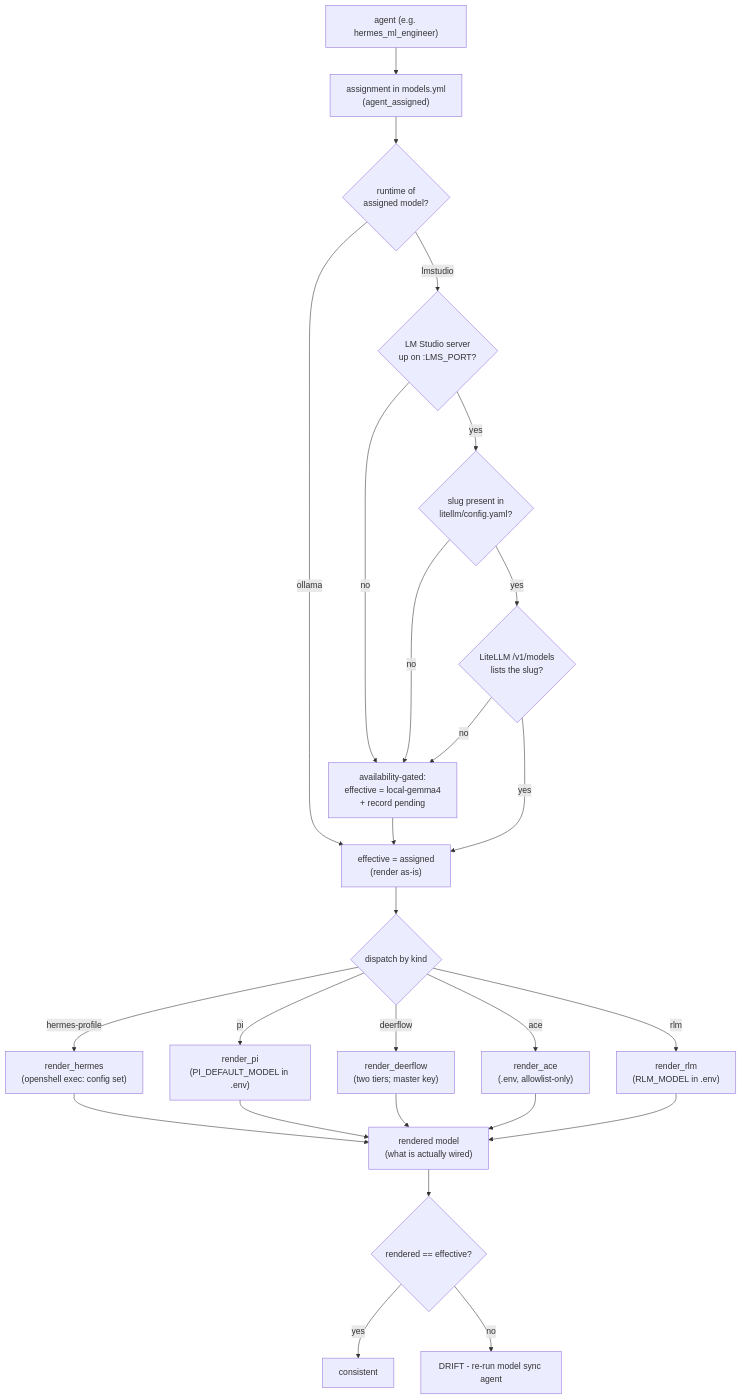
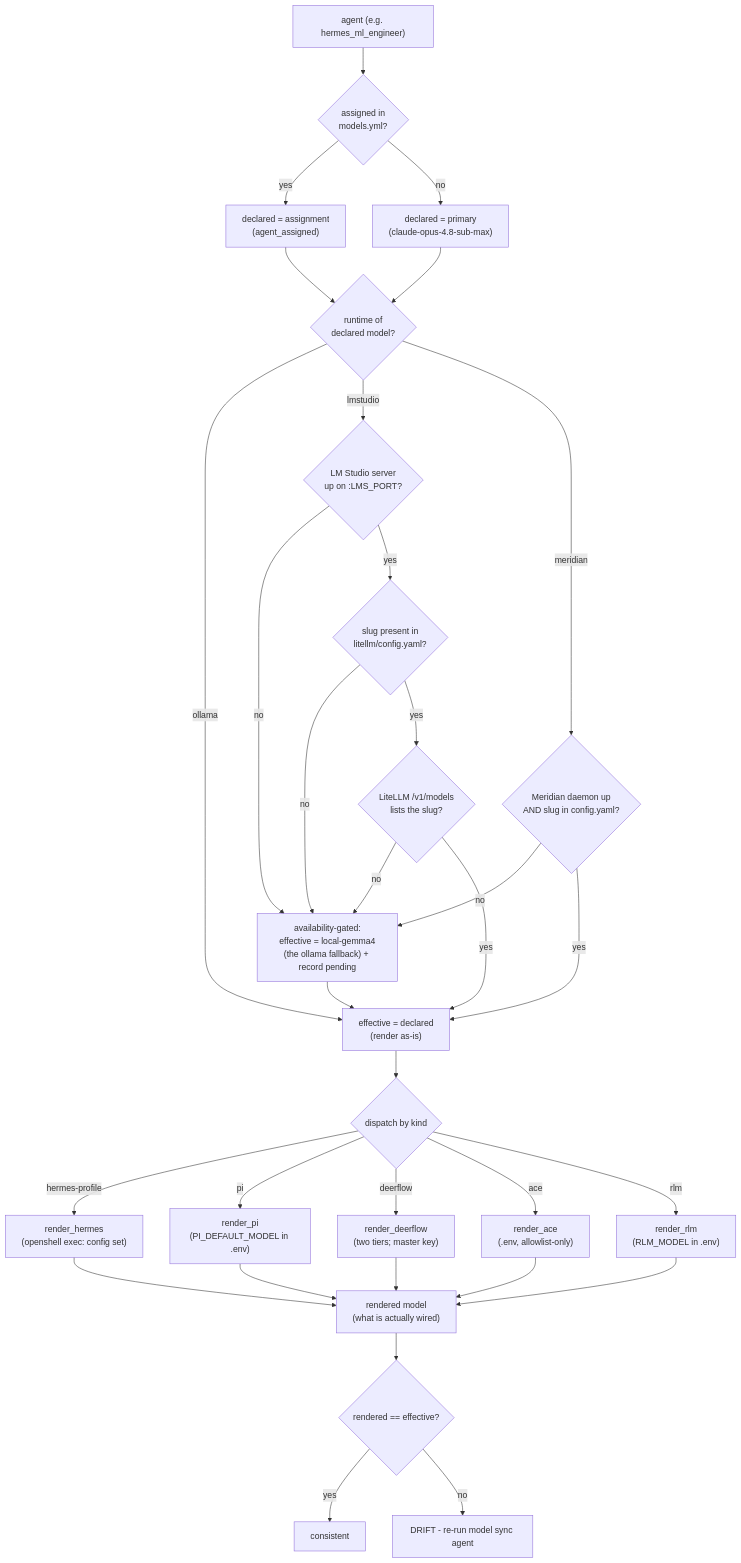
One commit to mayssamj/versatile-ai-stack changed the sixth of 21 diagrams in doc/DIAGRAMS.md. Above: the diagram before and after it, drawn with Mermaid. The commit also changed other lines of this file and 29 other files, not shown here.

First line of the commit message:
feat(models): ultracode effort tier + primary unassigned-default; DIAGRAMS generator; gitignore fleet artifacts

````diff
--- a/doc/DIAGRAMS.md
+++ b/doc/DIAGRAMS.md
@@ -395,34 +397,41 @@
 ```mermaid
 flowchart TB
-  A["agent (e.g. hermes_ml_engineer)"] --> ASG["assignment in models.yml<br/>(agent_assigned)"]
-  ASG --> RT{runtime of<br/>assigned model?}
+  A["agent (e.g. hermes_ml_engineer)"] --> ASG{assigned in<br/>models.yml?}
+  ASG -- yes --> DECL["declared = assignment<br/>(agent_assigned)"]
+  ASG -- no --> PRI["declared = primary<br/>(claude-opus-4.8-sub-max)"]
+  DECL --> RT{runtime of<br/>declared model?}
+  PRI --> RT
 
-  RT -- ollama --> EFF["effective = assigned<br/>(render as-is)"]
+  RT -- ollama --> EFF["effective = declared<br/>(render as-is)"]
 
   RT -- lmstudio --> G1{LM Studio server<br/>up on :LMS_PORT?}
   G1 -- no --> FB
   G1 -- yes --> G2{slug present in<br/>litellm/config.yaml?}
   G2 -- no --> FB
   G2 -- yes --> G3{LiteLLM /v1/models<br/>lists the slug?}
   G3 -- no --> FB
   G3 -- yes --> EFF
 
-  FB["availability-gated:<br/>effective = local-gemma4<br/>+ record pending"] --> EFF
+  RT -- meridian --> M1{Meridian daemon up<br/>AND slug in config.yaml?}
+  M1 -- no --> FB
+  M1 -- yes --> EFF
+
+  FB["availability-gated:<br/>effective = local-gemma4<br/>(the ollama fallback) + record pending"] --> EFF
 
   EFF --> DISP{dispatch by kind}
   DISP -- hermes-profile --> RH["render_hermes<br/>(openshell exec: config set)"]
   DISP -- pi --> RP["render_pi<br/>(PI_DEFAULT_MODEL in .env)"]
   DISP -- deerflow --> RD["render_deerflow<br/>(two tiers; master key)"]
   DISP -- ace --> RA["render_ace<br/>(.env, allowlist-only)"]
   DISP -- rlm --> RR["render_rlm<br/>(RLM_MODEL in .env)"]
 
   RH --> RDR["rendered model<br/>(what is actually wired)"]
   RP --> RDR
   RD --> RDR
   RA --> RDR
   RR --> RDR
 
   RDR --> DR{rendered == effective?}
   DR -- yes --> OK["consistent"]
   DR -- no --> DRIFT["DRIFT - re-run model sync agent"]
 ```
````
